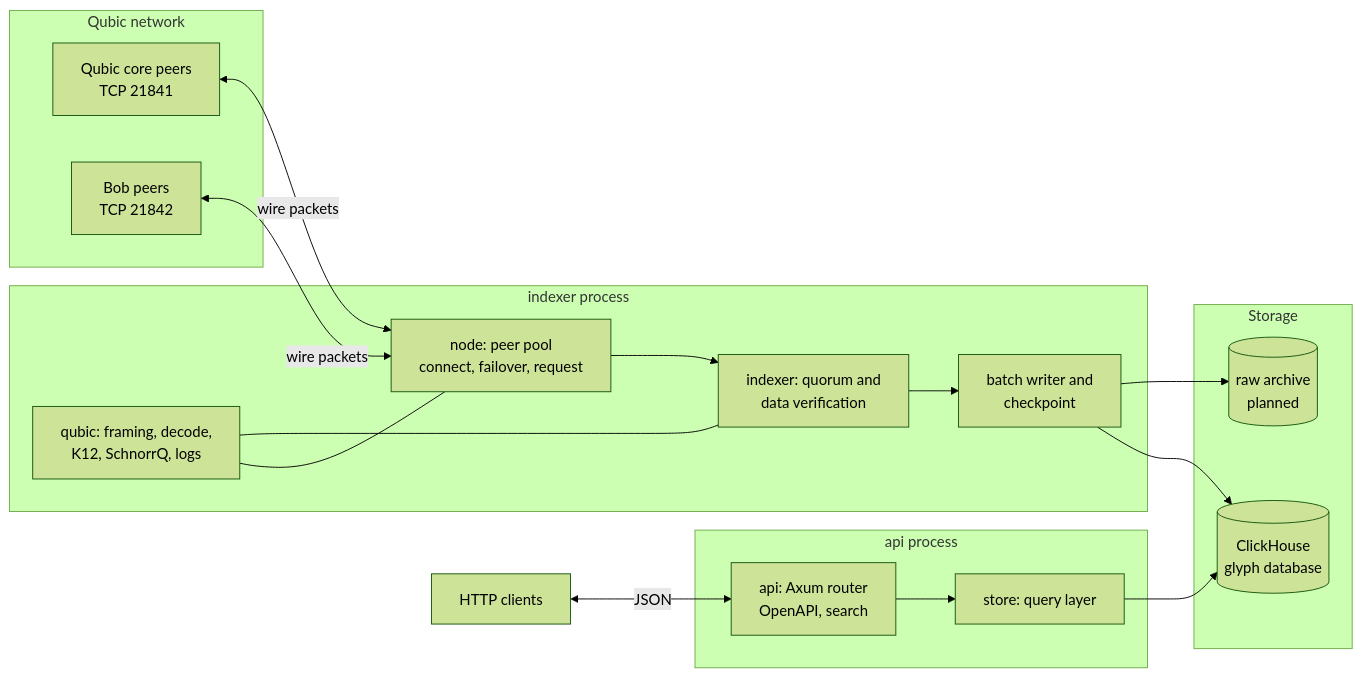
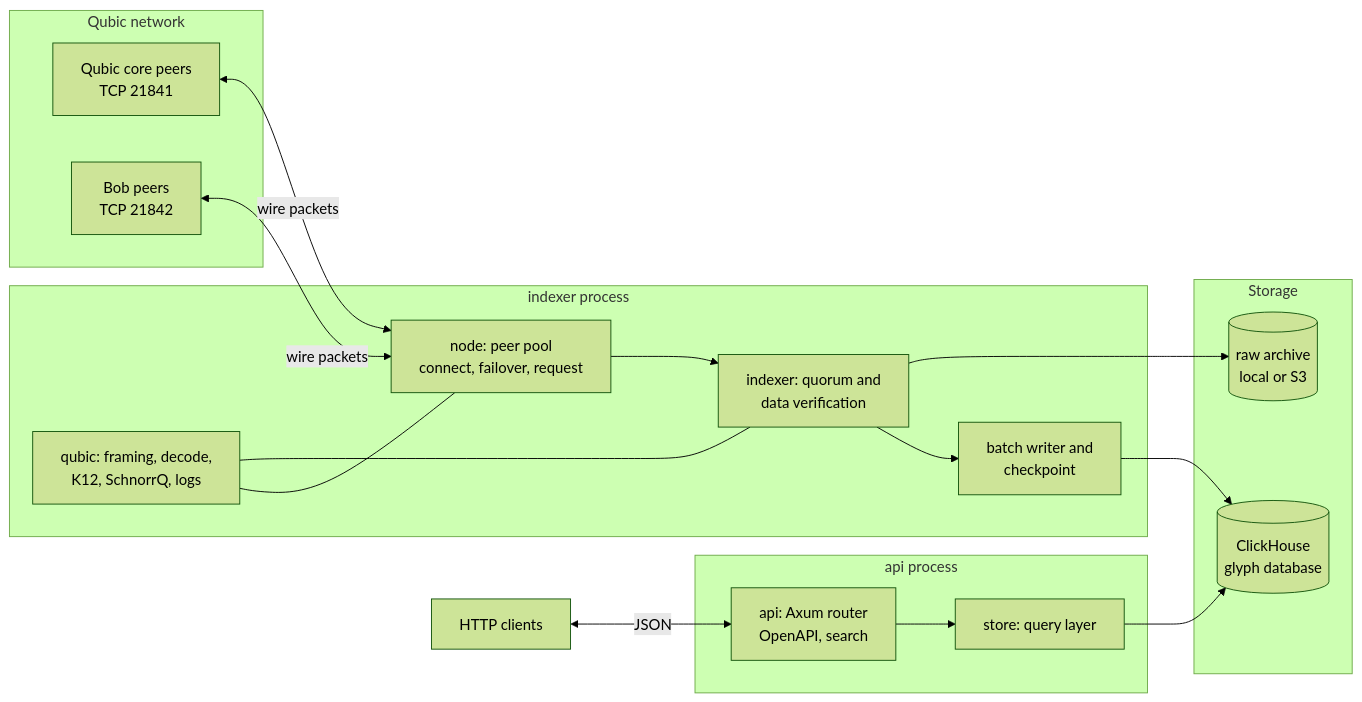
One commit to glyphq/service changed the diagram in docs/ARCHITECTURE.md. Above: the diagram before and after it, drawn with Mermaid (forest theme). The commit also changed other lines of this file and 6 other files, not shown here.

````diff
--- a/docs/ARCHITECTURE.md
+++ b/docs/ARCHITECTURE.md
@@ -94,38 +96,38 @@
 ```mermaid
 flowchart LR
     subgraph Network["Qubic network"]
         QP["Qubic core peers<br/>TCP 21841"]
         BP["Bob peers<br/>TCP 21842"]
     end
 
     subgraph Process["indexer process"]
         POOL["node: peer pool<br/>connect, failover, request"]
         WIRE["qubic: framing, decode,<br/>K12, SchnorrQ, logs"]
         VER["indexer: quorum and<br/>data verification"]
         BATCH["batch writer and<br/>checkpoint"]
     end
 
     subgraph Storage["Storage"]
         CH[("ClickHouse<br/>glyph database")]
-        RAW[("raw archive<br/>planned")]
+        RAW[("raw archive<br/>local or S3")]
     end
 
     subgraph Read["api process"]
         HTTP["api: Axum router<br/>OpenAPI, search"]
         STORE["store: query layer"]
     end
 
     CLIENT["HTTP clients"]
 
     QP <-->|wire packets| POOL
     BP <-->|wire packets| POOL
     WIRE --- POOL
     WIRE --- VER
     POOL --> VER
     VER --> BATCH
+    VER --> RAW
     BATCH --> CH
-    BATCH --> RAW
     STORE --> CH
     HTTP --> STORE
     CLIENT <-->|JSON| HTTP
 ```
````
